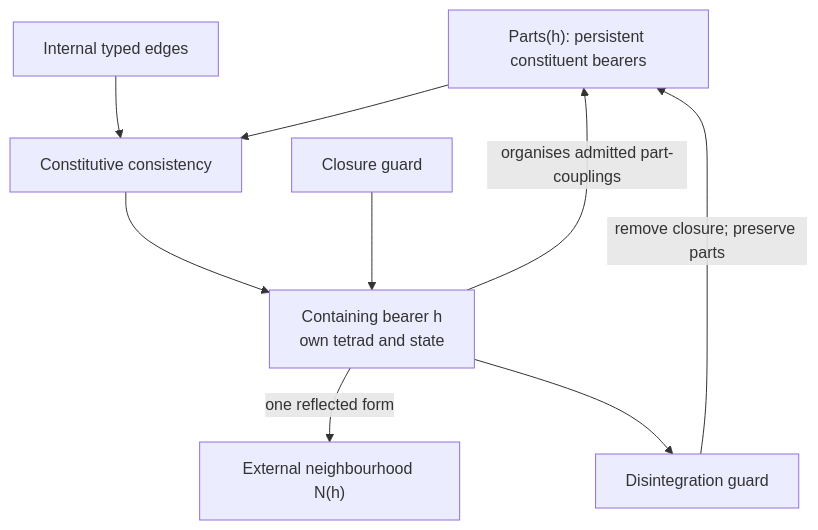
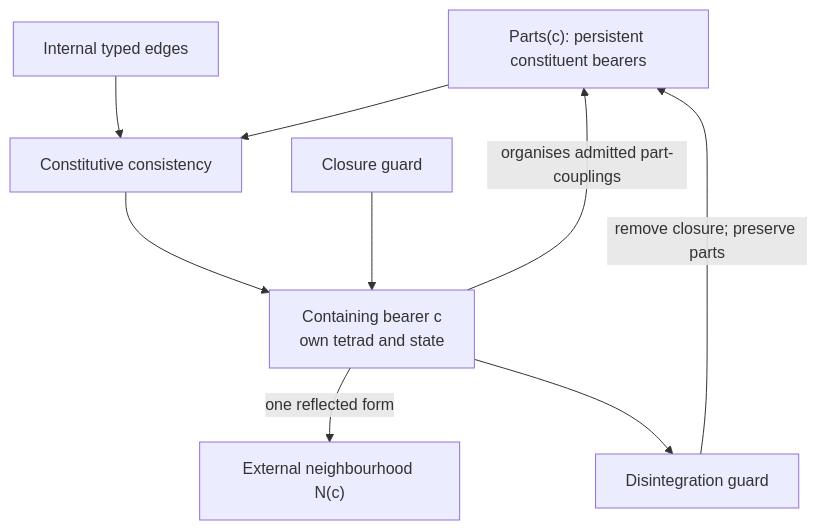
One commit to raghavamohan/AnalyticMadhyasthDarshan changed the fifth of 7 diagrams in Studies/A-State-Dynamic-Model-Of-Coexistence/A-State-Dynamic-Model-Of-Coexistence.md. Above: the diagram before and after it, drawn with Mermaid. The commit also changed other lines of this file and 9 other files, not shown here.

````diff
--- a/Studies/A-State-Dynamic-Model-Of-Coexistence/A-State-Dynamic-Model-Of-Coexistence.md
+++ b/Studies/A-State-Dynamic-Model-Of-Coexistence/A-State-Dynamic-Model-Of-Coexistence.md
@@ -384,11 +384,11 @@
 ```mermaid
 flowchart TB
-    PARTS["Parts(h): persistent constituent bearers"] --> CONS["Constitutive consistency"]
+    PARTS["Parts(c): persistent constituent bearers"] --> CONS["Constitutive consistency"]
     INTERNAL["Internal typed edges"] --> CONS
-    CONS --> WHOLE["Containing bearer h<br/>own tetrad and state"]
+    CONS --> WHOLE["Containing bearer c<br/>own tetrad and state"]
     WHOLE -->|"organises admitted part-couplings"| PARTS
-    WHOLE -->|"one reflected form"| EXTERNAL["External neighbourhood N(h)"]
+    WHOLE -->|"one reflected form"| EXTERNAL["External neighbourhood N(c)"]
     GUARD["Closure guard"] --> WHOLE
     WHOLE --> DIS["Disintegration guard"]
     DIS -->|"remove closure; preserve parts"| PARTS
 ```
````
